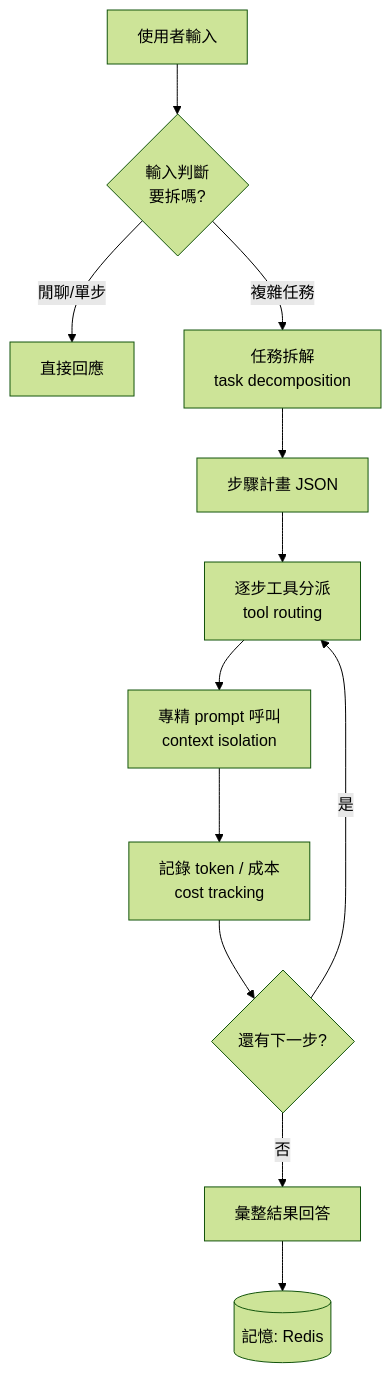
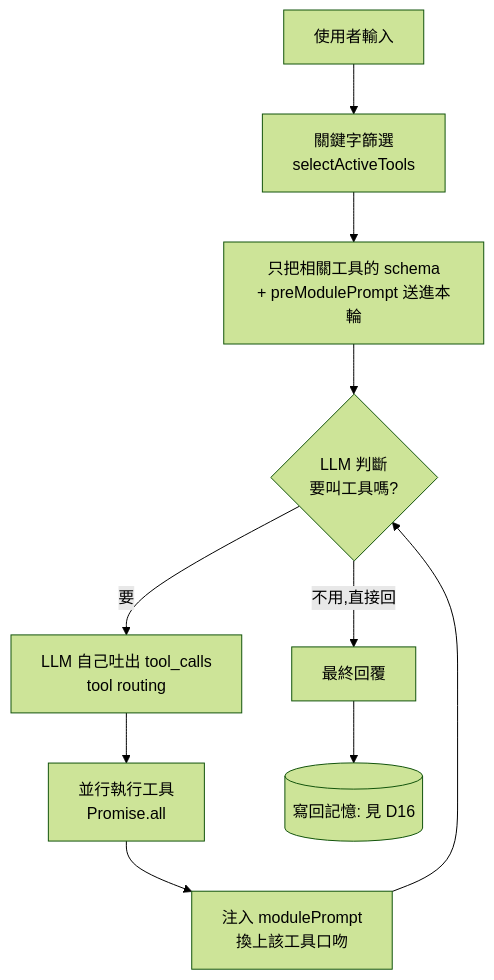
One commit to kwangsing3/iThome-2026ironman changed the diagram in article/D17.md. Above: the diagram before and after it, drawn with Mermaid (forest theme). The commit also changed other lines of this file and 4 other files, not shown here.

````diff
--- a/article/D17.md
+++ b/article/D17.md
@@ -153,14 +260,12 @@
 ```mermaid
 flowchart TD
-    A[使用者輸入] --> B{輸入判斷<br/>要拆嗎?}
-    B -- 閒聊/單步 --> C[直接回應]
-    B -- 複雜任務 --> D[任務拆解<br/>task decomposition]
-    D --> E[步驟計畫 JSON]
-    E --> F[逐步工具分派<br/>tool routing]
-    F --> G[專精 prompt 呼叫<br/>context isolation]
-    G --> H[記錄 token / 成本<br/>cost tracking]
-    H --> I{還有下一步?}
-    I -- 是 --> F
-    I -- 否 --> J[彙整結果回答]
-    J --> K[(記憶: Redis)]
+    A[使用者輸入] --> B[關鍵字篩選<br/>selectActiveTools]
+    B --> C[只把相關工具的 schema<br/>+ preModulePrompt 送進本輪]
+    C --> D{LLM 判斷<br/>要叫工具嗎?}
+    D -- 不用,直接回 --> J[最終回覆]
+    D -- 要 --> E[LLM 自己吐出 tool_calls<br/>tool routing]
+    E --> F[並行執行工具<br/>Promise.all]
+    F --> G[注入 modulePrompt<br/>換上該工具口吻]
+    G --> D
+    J --> K[(寫回記憶:  見 D16)]
 ```
````
